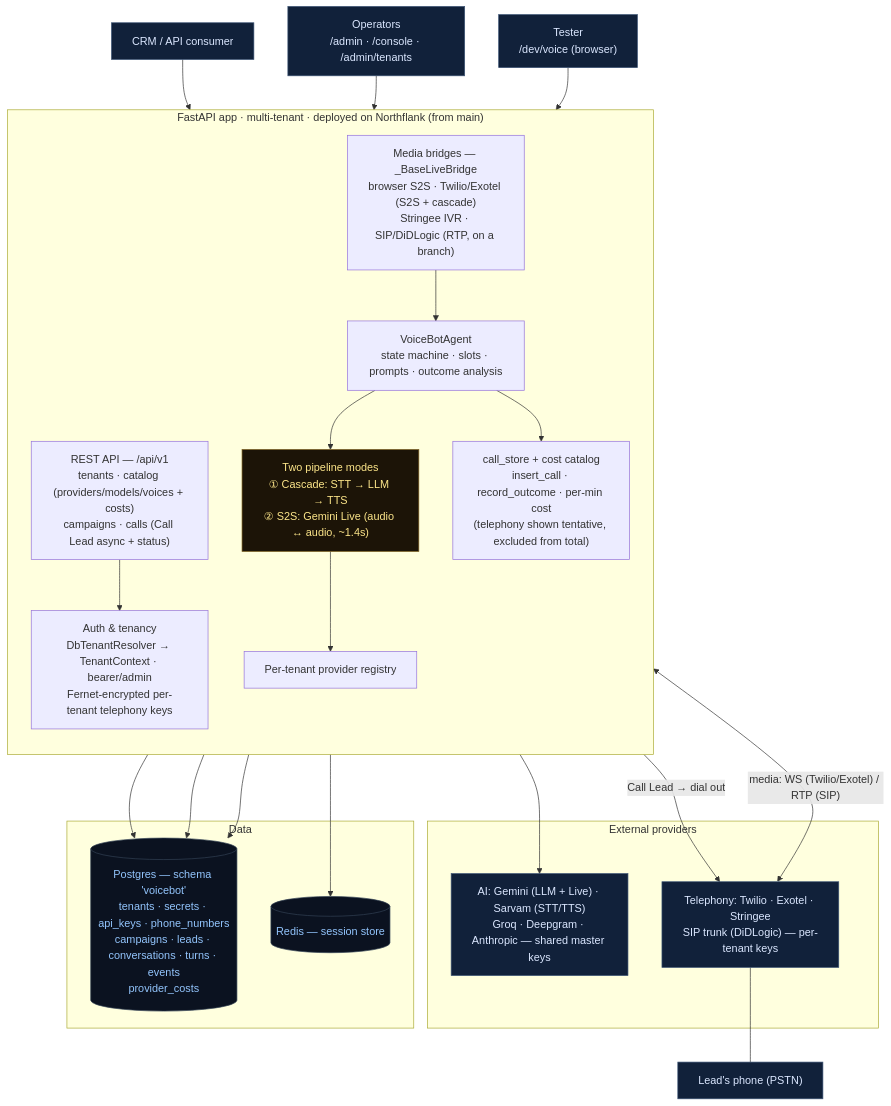
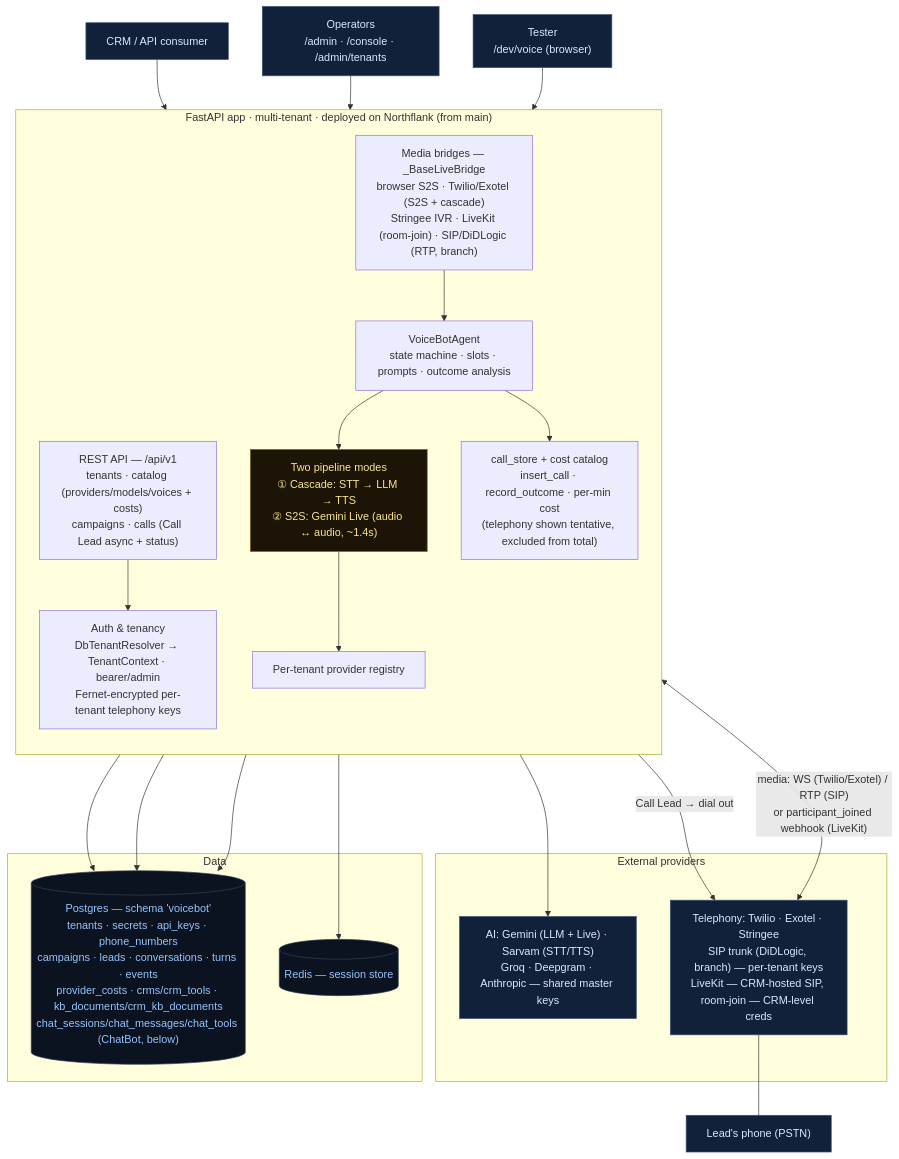
One commit to insidebeehive/indic_voice_and_chat changed the first of 2 diagrams in docs/ARCHITECTURE.md. Above: the diagram before and after it, drawn with Mermaid. The commit also changed other lines of this file, not shown here.

First line of the commit message:
docs: add ChatBot to ARCHITECTURE.md, LiveKit to the voice diagram

````diff
--- a/docs/ARCHITECTURE.md
+++ b/docs/ARCHITECTURE.md
@@ -8,49 +12,49 @@
 ```mermaid
 flowchart TB
   classDef ext   fill:#11213a,stroke:#3b5374,color:#dbe7ff;
   classDef store fill:#0b1220,stroke:#334155,color:#93c5fd;
   classDef note  fill:#1c1407,stroke:#7c5e1e,color:#fde68a;
 
   CRM["CRM / API consumer"]:::ext
   OPS["Operators<br/>/admin · /console · /admin/tenants"]:::ext
   TESTER["Tester<br/>/dev/voice (browser)"]:::ext
   PSTN["Lead's phone (PSTN)"]:::ext
 
   subgraph APP["FastAPI app · multi-tenant · deployed on Northflank (from main)"]
     direction TB
     API["REST API — /api/v1<br/>tenants · catalog (providers/models/voices + costs)<br/>campaigns · calls (Call Lead async + status)"]
     AUTH["Auth &amp; tenancy<br/>DbTenantResolver → TenantContext · bearer/admin<br/>Fernet-encrypted per-tenant telephony keys"]
-    BRIDGE["Media bridges — _BaseLiveBridge<br/>browser S2S · Twilio/Exotel (S2S + cascade)<br/>Stringee IVR · SIP/DiDLogic (RTP, on a branch)"]
+    BRIDGE["Media bridges — _BaseLiveBridge<br/>browser S2S · Twilio/Exotel (S2S + cascade)<br/>Stringee IVR · LiveKit (room-join) · SIP/DiDLogic (RTP, branch)"]
     AGENT["VoiceBotAgent<br/>state machine · slots · prompts · outcome analysis"]
     MODES["Two pipeline modes<br/>① Cascade: STT → LLM → TTS<br/>② S2S: Gemini Live (audio ↔ audio, ~1.4s)"]:::note
     REG["Per-tenant provider registry"]
     COST["call_store + cost catalog<br/>insert_call · record_outcome · per-min cost<br/>(telephony shown tentative, excluded from total)"]
   end
 
   subgraph PROV["External providers"]
     AI["AI: Gemini (LLM + Live) · Sarvam (STT/TTS)<br/>Groq · Deepgram · Anthropic — shared master keys"]:::ext
-    TEL["Telephony: Twilio · Exotel · Stringee<br/>SIP trunk (DiDLogic) — per-tenant keys"]:::ext
+    TEL["Telephony: Twilio · Exotel · Stringee<br/>SIP trunk (DiDLogic, branch) — per-tenant keys<br/>LiveKit — CRM-hosted SIP, room-join — CRM-level creds"]:::ext
   end
 
   subgraph DATA["Data"]
-    PG[("Postgres — schema 'voicebot'<br/>tenants · secrets · api_keys · phone_numbers<br/>campaigns · leads · conversations · turns · events<br/>provider_costs")]:::store
+    PG[("Postgres — schema 'voicebot'<br/>tenants · secrets · api_keys · phone_numbers<br/>campaigns · leads · conversations · turns · events<br/>provider_costs · crms/crm_tools · kb_documents/crm_kb_documents<br/>chat_sessions/chat_messages/chat_tools (ChatBot, below)")]:::store
     REDIS[("Redis — session store")]:::store
   end
 
   CRM --> API
   OPS --> API
   TESTER --> BRIDGE
   API --> AUTH
   API -->|"Call Lead → dial out"| TEL
-  TEL <-->|"media: WS (Twilio/Exotel) / RTP (SIP)"| BRIDGE
+  TEL <-->|"media: WS (Twilio/Exotel) / RTP (SIP)<br/>or participant_joined webhook (LiveKit)"| BRIDGE
   TEL --- PSTN
   BRIDGE --> AGENT
   AGENT --> MODES
   MODES --> REG
   REG --> AI
   AGENT --> COST
   AUTH --> PG
   COST --> PG
   API --> PG
   AGENT --> REDIS
 ```
````
